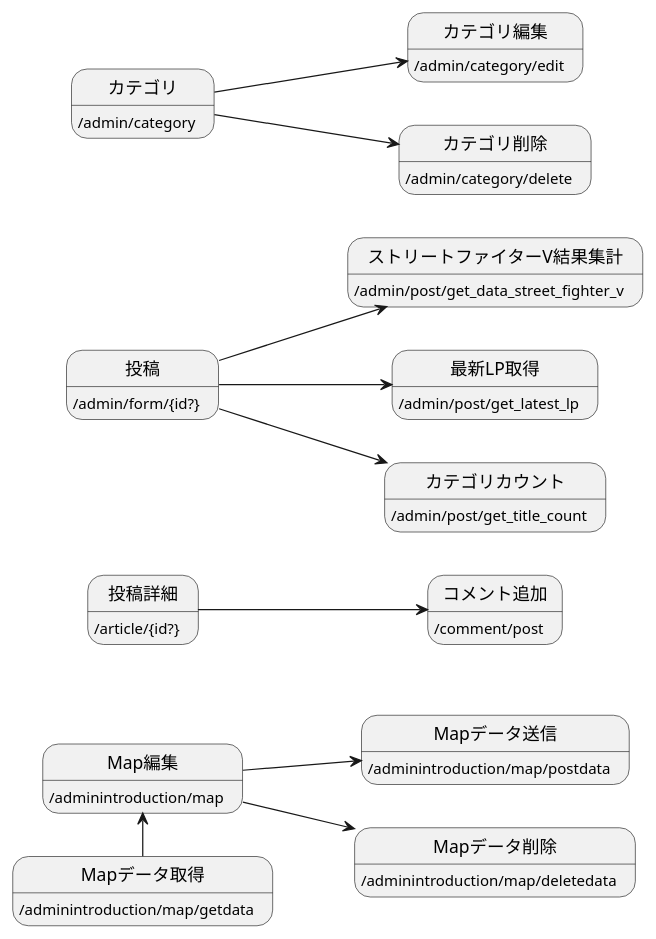
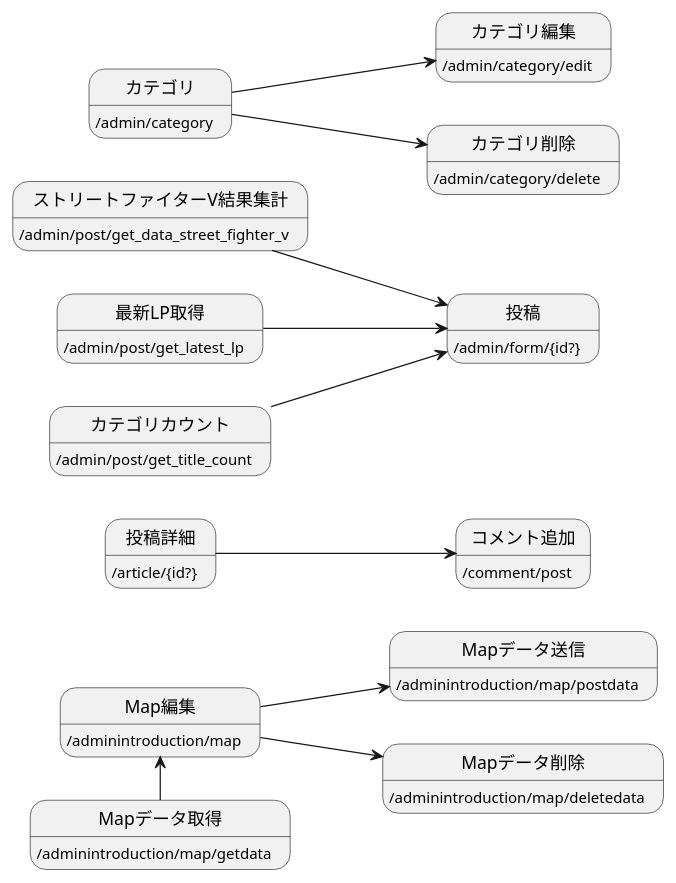
The diagram in WebAPI.pu (hellzkustom/PlantUml), drawn with PlantUML before and after one commit. The commit also changed 1 other file, not shown here.

```diff
--- a/WebAPI.pu
+++ b/WebAPI.pu
@@ -1,36 +1,36 @@
 @startuml
 
 left to right direction
 
 state 投稿詳細 : /article/{id?}
 state コメント追加:/comment/post
 
 投稿詳細 --> コメント追加
 
 state 投稿 : /admin/form/{id?}
 state ストリートファイターV結果集計 :/admin/post/get_data_street_fighter_v
 state 最新LP取得 : /admin/post/get_latest_lp
 state カテゴリカウント : /admin/post/get_title_count
 
-投稿 --> ストリートファイターV結果集計
-投稿 --> 最新LP取得
-投稿 --> カテゴリカウント
+ ストリートファイターV結果集計 --> 投稿
+最新LP取得 --> 投稿
+カテゴリカウント --> 投稿 
 
 state カテゴリ : /admin/category
 state カテゴリ編集 :/admin/category/edit
 state カテゴリ削除 :/admin/category/delete
 
 カテゴリ --> カテゴリ編集
 カテゴリ --> カテゴリ削除
 
  state Map編集 :/adminintroduction/map
  state Mapデータ取得:/adminintroduction/map/getdata
  state Mapデータ送信:/adminintroduction/map/postdata
  state Mapデータ削除:/adminintroduction/map/deletedata
  
  Map編集 <-- Mapデータ取得
  Map編集 --> Mapデータ送信
  Map編集 --> Mapデータ削除
 
 
 @enduml
```
